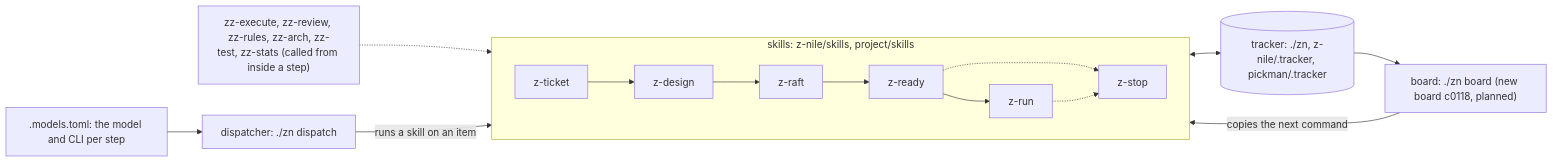
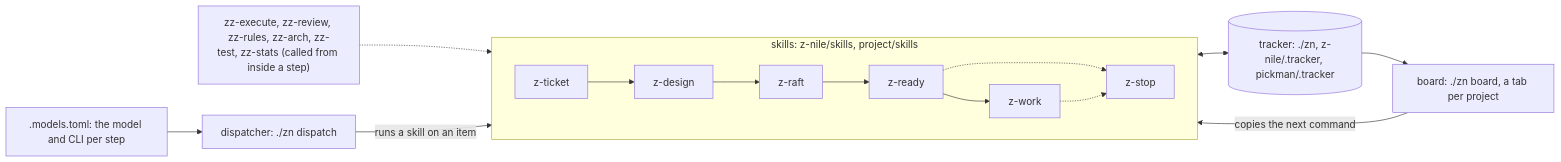
One commit to philipbergen/z-nile changed the first of 3 diagrams in z-nile/.tracker/issues/c0264/experiments/README.draft.md. Above: the diagram before and after it, drawn with Mermaid. The commit also changed other lines of this file and 18 other files, not shown here.

````diff
--- a/z-nile/.tracker/issues/c0264/experiments/README.draft.md
+++ b/z-nile/.tracker/issues/c0264/experiments/README.draft.md
@@ -3,19 +3,19 @@
 ```mermaid
 flowchart LR
   subgraph skills["skills: z-nile/skills, project/skills"]
     direction LR
-    zticket["z-ticket"] --> zdesign["z-design"] --> zraft["z-raft"] --> zready["z-ready"] --> zrun["z-run"]
+    zticket["z-ticket"] --> zdesign["z-design"] --> zraft["z-raft"] --> zready["z-ready"] --> zwork["z-work"]
     zready -.-> zstop["z-stop"]
-    zrun -.-> zstop
+    zwork -.-> zstop
   end
   steps["zz-execute, zz-review, zz-rules, zz-arch, zz-test, zz-stats (called from inside a step)"] -.-> skills
   tracker[("tracker: ./zn, z-nile/.tracker, pickman/.tracker")]
   models[".models.toml: the model and CLI per step"]
   dispatcher["dispatcher: ./zn dispatch"]
-  board["board: ./zn board (new board c0118, planned)"]
+  board["board: ./zn board, a tab per project"]
   skills <--> tracker
   models --> dispatcher
   dispatcher -->|"runs a skill on an item"| skills
   tracker --> board
   board -->|"copies the next command"| skills
 ```
````
